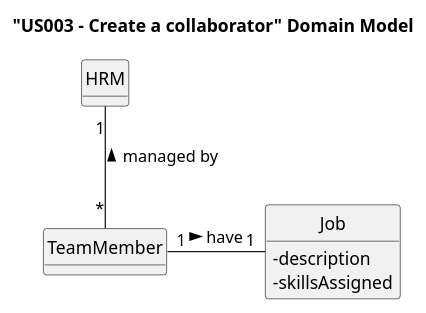
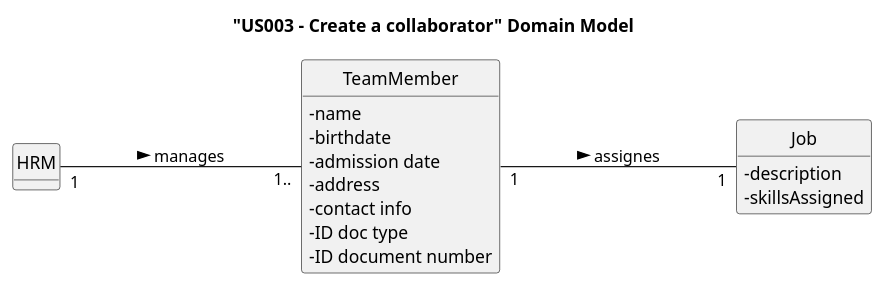
One commit to Mendoncaa/LAPR2 changed the diagram in docs/sprintA/us003/02.analysis/puml/us003-domain-model.puml. Above: the diagram before and after it, drawn with PlantUML. The commit also changed 61 other files, not shown here.

```diff
--- a/docs/sprintA/us003/02.analysis/puml/us003-domain-model.puml
+++ b/docs/sprintA/us003/02.analysis/puml/us003-domain-model.puml
@@ -1,25 +1,37 @@
 @startuml
 skinparam monochrome true
 skinparam packageStyle rectangle
 skinparam shadowing false
 
-'left to right direction
 
 skinparam classAttributeIconSize 0
+
+left to right direction
 
 hide circle
 hide methods
 
 title "US003 - Create a collaborator" Domain Model
+
+class TeamMember {
+   - name
+   - birthdate
+   - admission date
+   - address
+   - contact info
+   - ID doc type
+   - ID document number
+}
 
 class HRM {
 }
 
 class Job {
   - description
   - skillsAssigned
 }
 
-HRM "1" -- "*" TeamMember : managed by <
-TeamMember "1" - "1" Job: have >
+HRM "1"---"1.." TeamMember: manages >
+TeamMember "1"---"1" Job: assignes >
+
 @enduml
```
